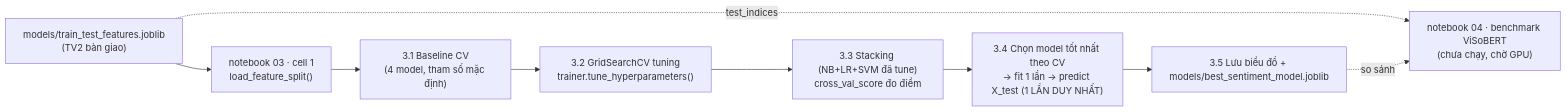
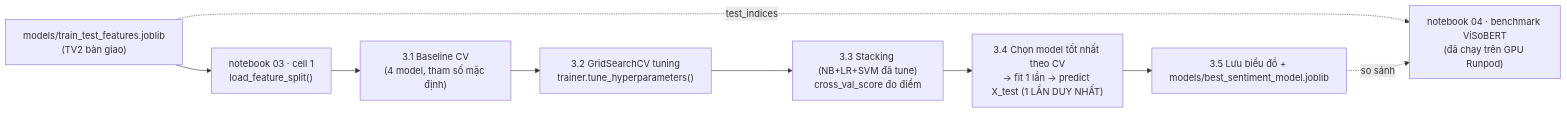
Before and after one commit to NDK2002/NLP-Sentiment-Analysis-ITviec: the diagram in reports/phase03_code_walkthrough.md, drawn with Mermaid. The commit also changed other lines of this file and 2 other files, not shown here.

First line of the commit message:
docs(tv3): Cap nhat so lieu that ViSoBERT sau khi chay tren Runpod GPU

````diff
--- a/reports/phase03_code_walkthrough.md
+++ b/reports/phase03_code_walkthrough.md
@@ -15,11 +15,11 @@
 ```mermaid
 flowchart LR
     A["models/train_test_features.joblib\n(TV2 bàn giao)"] --> B["notebook 03 · cell 1\nload_feature_split()"]
     B --> C["3.1 Baseline CV\n(4 model, tham số mặc định)"]
     C --> D["3.2 GridSearchCV tuning\ntrainer.tune_hyperparameters()"]
     D --> E["3.3 Stacking (NB+LR+SVM đã tune)\ncross_val_score đo điểm"]
     E --> F["3.4 Chọn model tốt nhất theo CV\n→ fit 1 lần → predict X_test (1 LẦN DUY NHẤT)"]
     F --> G["3.5 Lưu biểu đồ + models/best_sentiment_model.joblib"]
-    A -. test_indices .-> H["notebook 04 · benchmark ViSoBERT\n(chưa chạy, chờ GPU)"]
+    A -. test_indices .-> H["notebook 04 · benchmark ViSoBERT\n(đã chạy trên GPU Runpod)"]
     G -. so sánh .-> H
 ```
````
